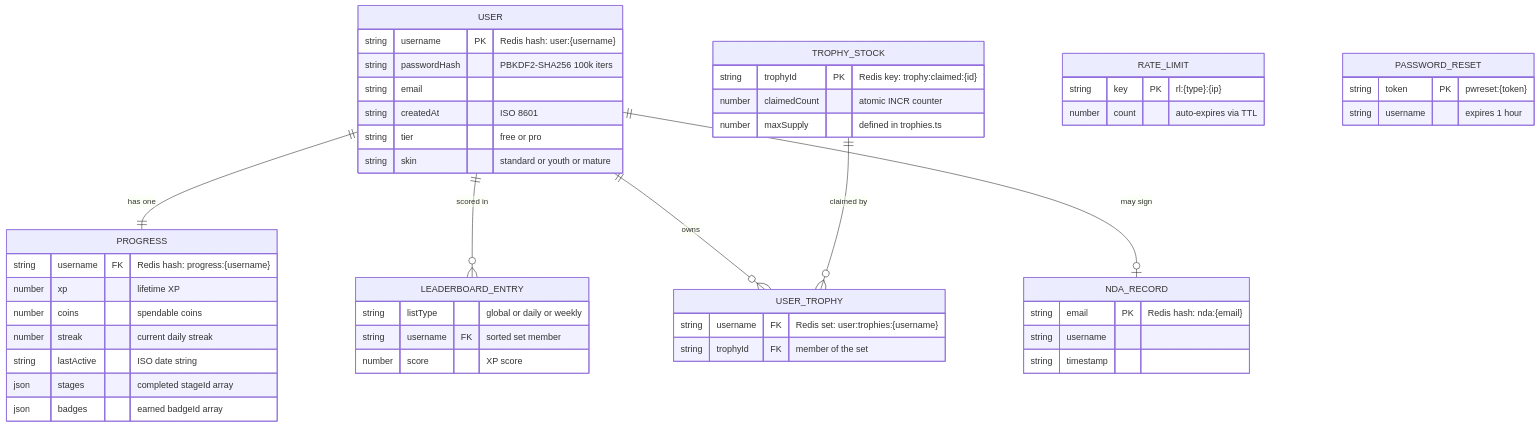
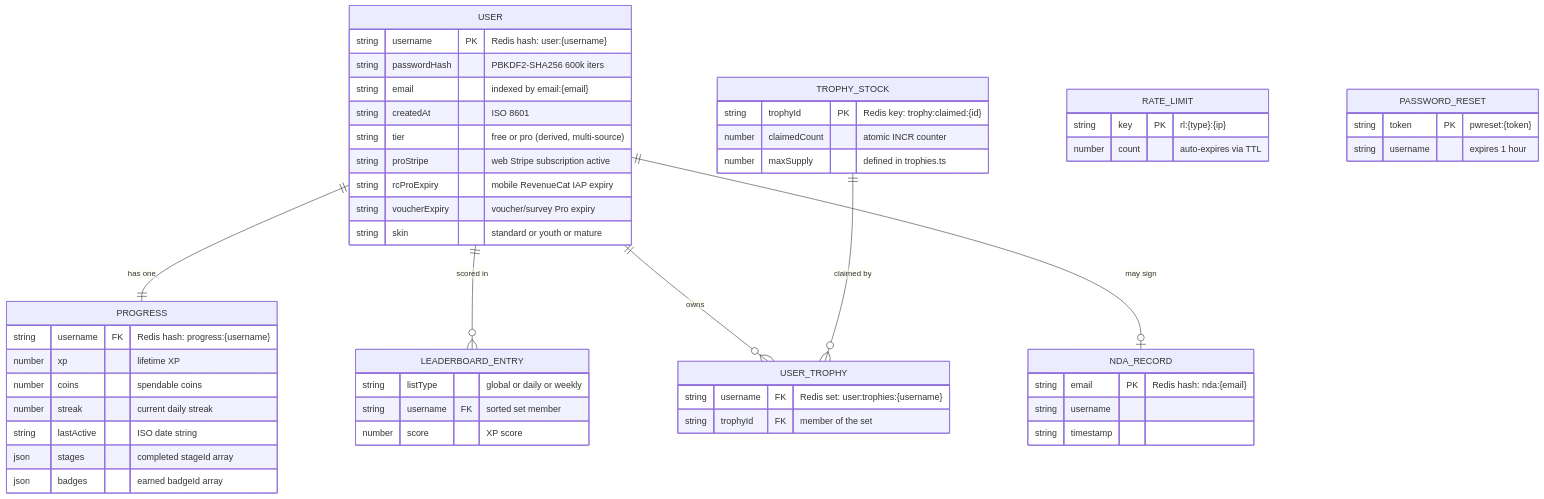
Before and after one commit to jjfleetwood/kryptos-cronos: the first of 5 diagrams in apps/web/secured-docs/DATA_DIAGRAM.md, drawn with Mermaid. The commit also changed other lines of this file and 3 other files, not shown here.

Commit message:
docs: refresh DATA_DIAGRAM + ADR (600k hash, tier sources, email/push keys, ADR-011..014, ADR-009 superseded)

````diff
--- a/apps/web/secured-docs/DATA_DIAGRAM.md
+++ b/apps/web/secured-docs/DATA_DIAGRAM.md
@@ -13,53 +15,56 @@
 ```mermaid
 erDiagram
     USER {
         string username PK "Redis hash: user:{username}"
-        string passwordHash "PBKDF2-SHA256 100k iters"
-        string email
+        string passwordHash "PBKDF2-SHA256 600k iters"
+        string email "indexed by email:{email}"
         string createdAt "ISO 8601"
-        string tier "free or pro"
+        string tier "free or pro (derived, multi-source)"
+        string proStripe "web Stripe subscription active"
+        string rcProExpiry "mobile RevenueCat IAP expiry"
+        string voucherExpiry "voucher/survey Pro expiry"
         string skin "standard or youth or mature"
     }
     PROGRESS {
         string username FK "Redis hash: progress:{username}"
         number xp "lifetime XP"
         number coins "spendable coins"
         number streak "current daily streak"
         string lastActive "ISO date string"
         json stages "completed stageId array"
         json badges "earned badgeId array"
     }
     LEADERBOARD_ENTRY {
         string listType "global or daily or weekly"
         string username FK "sorted set member"
         number score "XP score"
     }
     TROPHY_STOCK {
         string trophyId PK "Redis key: trophy:claimed:{id}"
         number claimedCount "atomic INCR counter"
         number maxSupply "defined in trophies.ts"
     }
     USER_TROPHY {
         string username FK "Redis set: user:trophies:{username}"
         string trophyId FK "member of the set"
     }
     NDA_RECORD {
         string email PK "Redis hash: nda:{email}"
         string username
         string timestamp
     }
     RATE_LIMIT {
         string key PK "rl:{type}:{ip}"
         number count "auto-expires via TTL"
     }
     PASSWORD_RESET {
         string token PK "pwreset:{token}"
         string username "expires 1 hour"
     }
 
     USER ||--|| PROGRESS : "has one"
     USER ||--o{ LEADERBOARD_ENTRY : "scored in"
     USER ||--o{ USER_TROPHY : "owns"
     TROPHY_STOCK ||--o{ USER_TROPHY : "claimed by"
     USER ||--o| NDA_RECORD : "may sign"
 ```
````
